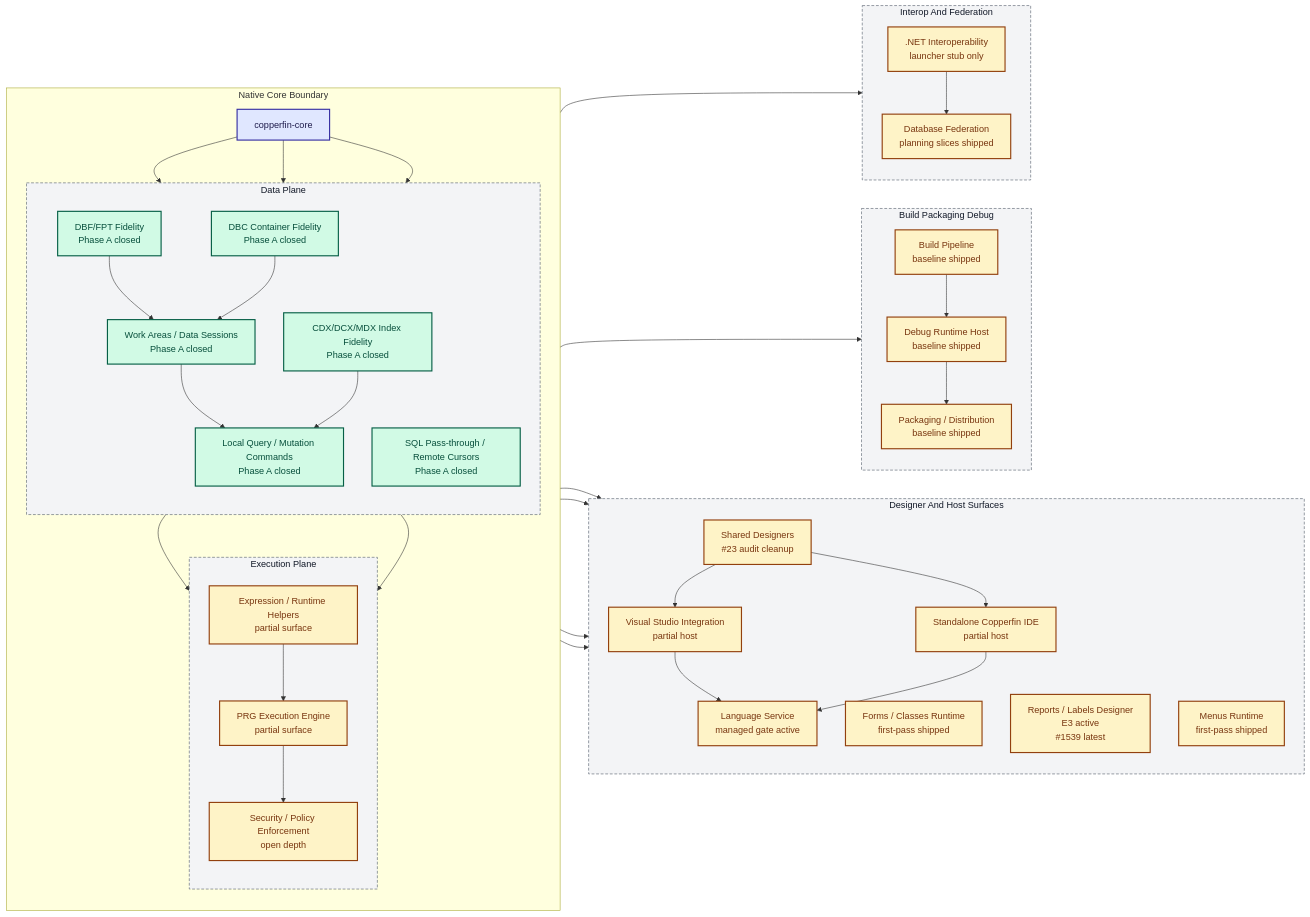
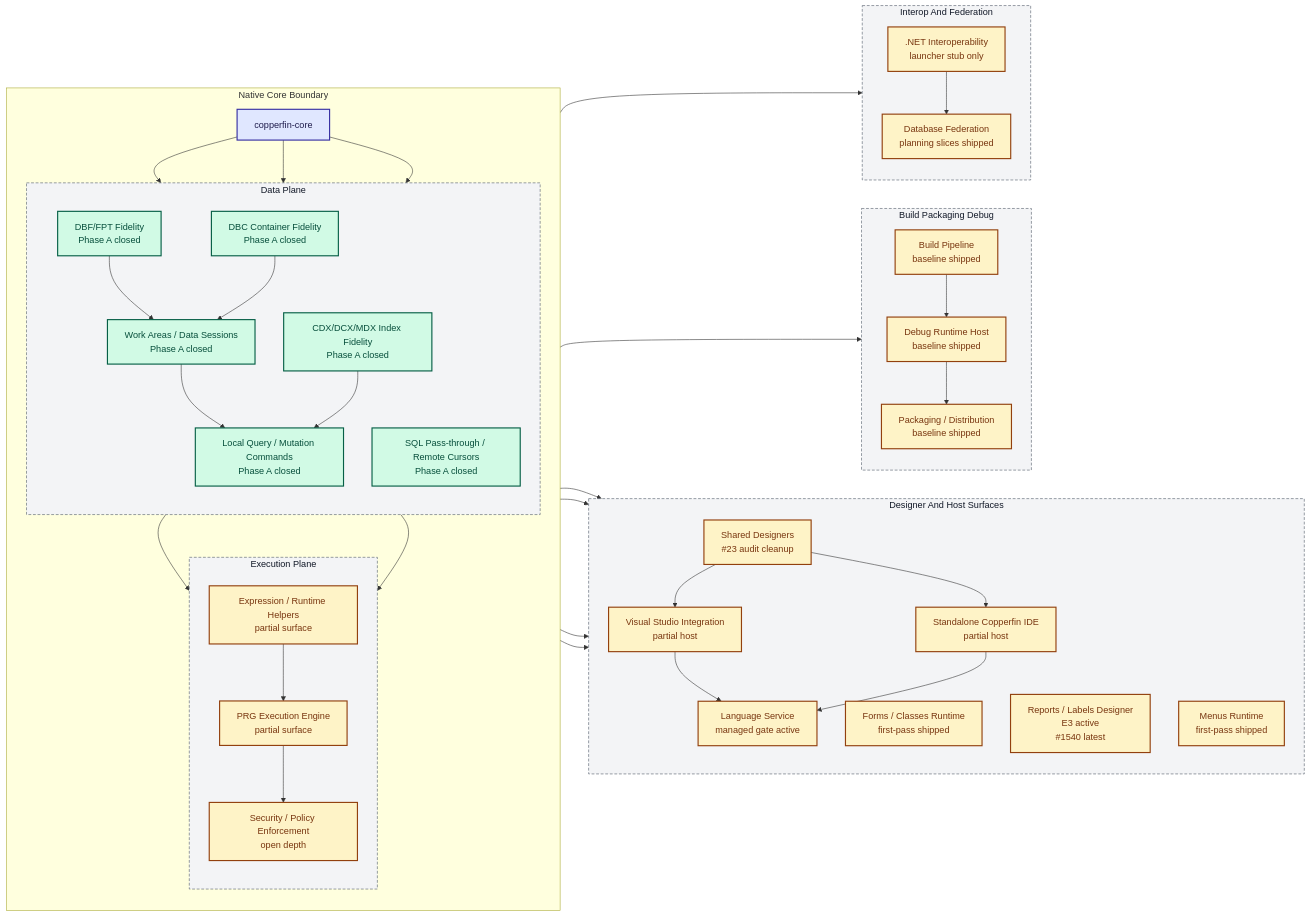
The diagram in docs/02-architecture.md (rhamenator/Project-Copperfin), drawn with Mermaid before and after one commit. The commit also changed 6 other files, not shown here.

```diff
--- a/docs/02-architecture.md
+++ b/docs/02-architecture.md
@@ -36,7 +36,7 @@
         direction TB
         DES["Shared Designers<br/>#23 audit cleanup"]
         FORMS["Forms / Classes Runtime<br/>first-pass shipped"]
-        RPT["Reports / Labels Designer<br/>E3 active<br/>#1539 latest"]
+        RPT["Reports / Labels Designer<br/>E3 active<br/>#1540 latest"]
         MENU["Menus Runtime<br/>first-pass shipped"]
         VS["Visual Studio Integration<br/>partial host"]
         IDE["Standalone Copperfin IDE<br/>partial host"]
```
